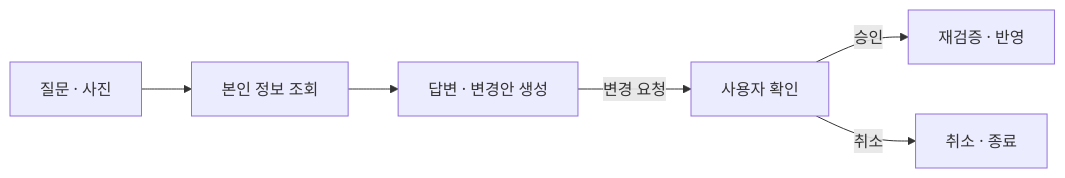
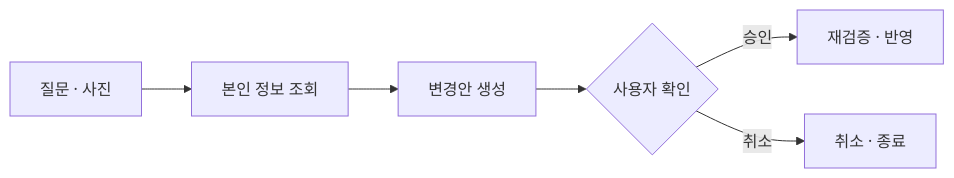
The diagram in README.md (Cucumberry52/MCC-Portfolio), drawn with Mermaid before and after one commit. The commit also changed other lines of this file, not shown here.

````diff
--- a/README.md
+++ b/README.md
@@ -54,8 +108,8 @@
 ```mermaid
 flowchart LR
-    request["질문 · 사진"] --> lookup["본인 정보 조회"]
-    lookup --> proposal["답변 · 변경안 생성"]
-    proposal -->|변경 요청| confirm["사용자 확인"]
-    confirm -->|승인| apply["재검증 · 반영"]
+    user["질문 · 사진"] --> read["본인 정보 조회"]
+    read --> proposal["변경안 생성"]
+    proposal --> confirm{"사용자 확인"}
+    confirm -->|승인| execute["재검증 · 반영"]
     confirm -->|취소| cancel["취소 · 종료"]
 ```
````
